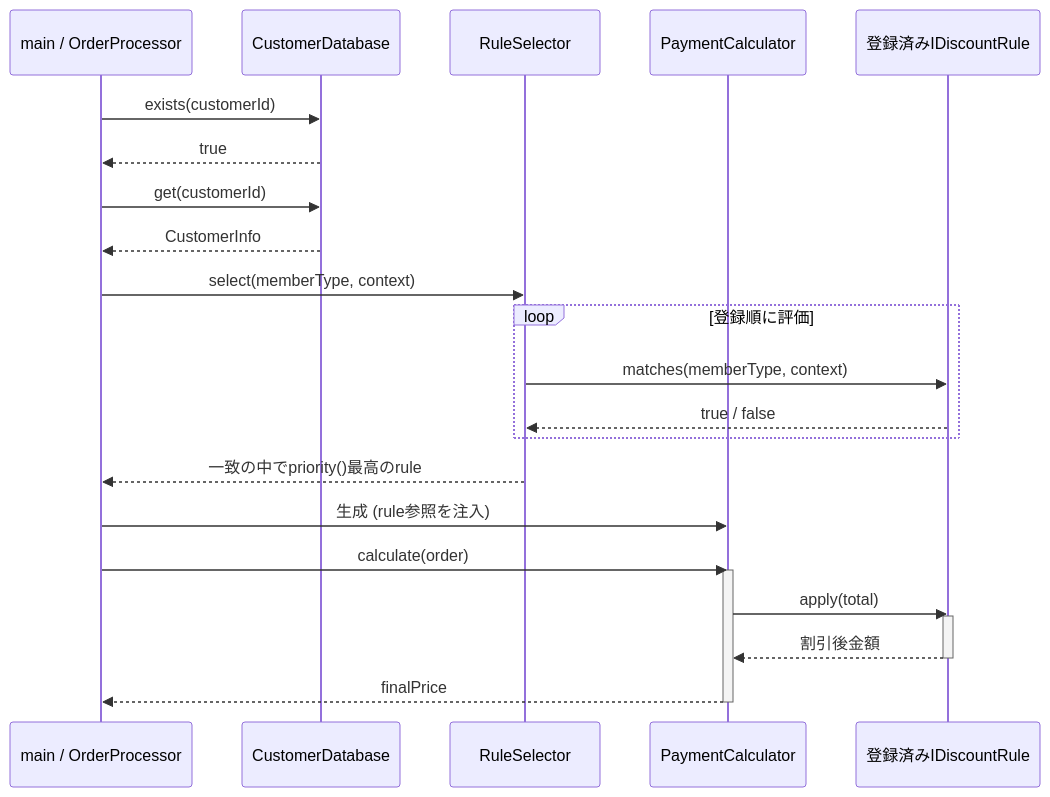
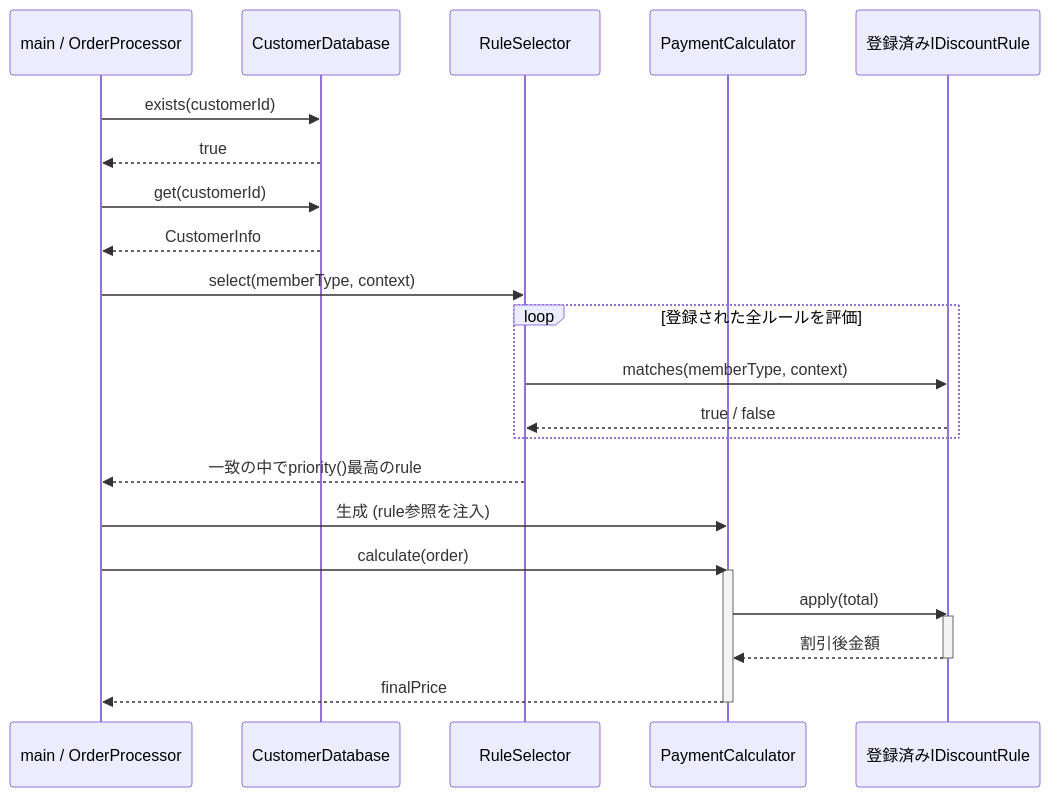
The tenth of 13 diagrams in kindle/design-patterns/output/chapter01.md (kumachan1101-pixel/DesignPattern), drawn with Mermaid before and after one commit. The commit also changed other lines of this file and 5 other files, not shown here.

````diff
--- a/kindle/design-patterns/output/chapter01.md
+++ b/kindle/design-patterns/output/chapter01.md
@@ -2120,28 +2120,28 @@
 ```mermaid
 sequenceDiagram
     participant M as main / OrderProcessor
     participant DB as CustomerDatabase
     participant S as RuleSelector
     participant P as PaymentCalculator
     participant I as 登録済みIDiscountRule
 
     M->>DB: exists(customerId)
     DB-->>M: true
     M->>DB: get(customerId)
     DB-->>M: CustomerInfo
     M->>S: select(memberType, context)
-    loop 登録順に評価
+    loop 登録された全ルールを評価
         S->>I: matches(memberType, context)
         I-->>S: true / false
     end
     S-->>M: 一致の中でpriority()最高のrule
     M->>P: 生成 (rule参照を注入)
     M->>P: calculate(order)
     activate P
     P->>I: apply(total)
     activate I
     I-->>P: 割引後金額
     deactivate I
     P-->>M: finalPrice
     deactivate P
 ```
````
